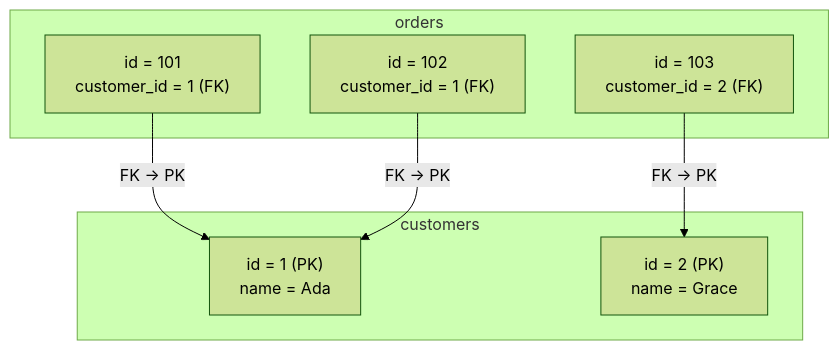
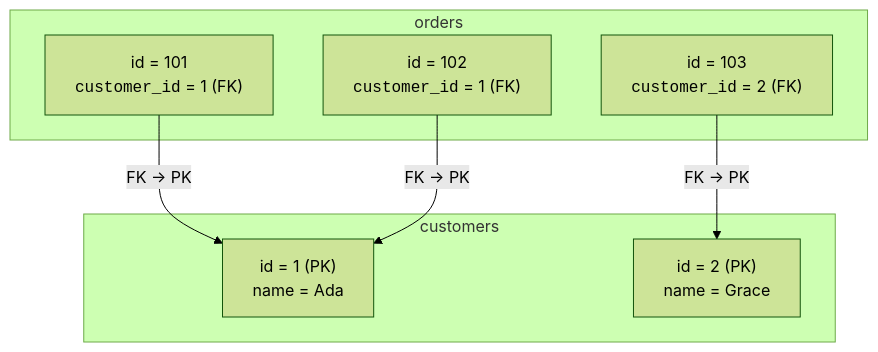
Before and after one commit to dataslope/dataslope: the third of 3 diagrams in content/learn/intro-sql-postgres/foreign-keys.mdx, drawn with Mermaid (forest theme). The commit also changed other lines of this file and 153 other files, not shown here.

First line of the commit message:
Render code-only mermaid shapes in monospace; convert step sequences to Steps

````diff
--- a/content/learn/intro-sql-postgres/foreign-keys.mdx
+++ b/content/learn/intro-sql-postgres/foreign-keys.mdx
@@ -110,15 +110,15 @@
 ```mermaid
 flowchart TB
     subgraph customers["customers"]
         C1["id = 1 (PK)<br/>name = Ada"]
         C2["id = 2 (PK)<br/>name = Grace"]
     end
     subgraph orders["orders"]
-        O1["id = 101<br/>customer_id = 1 (FK)"]
-        O2["id = 102<br/>customer_id = 1 (FK)"]
-        O3["id = 103<br/>customer_id = 2 (FK)"]
+        O1["id = 101<br/><code>customer_id</code> = 1 (FK)"]
+        O2["id = 102<br/><code>customer_id</code> = 1 (FK)"]
+        O3["id = 103<br/><code>customer_id</code> = 2 (FK)"]
     end
     O1 -->|"FK → PK"| C1
     O2 -->|"FK → PK"| C1
     O3 -->|"FK → PK"| C2
 ```
````
